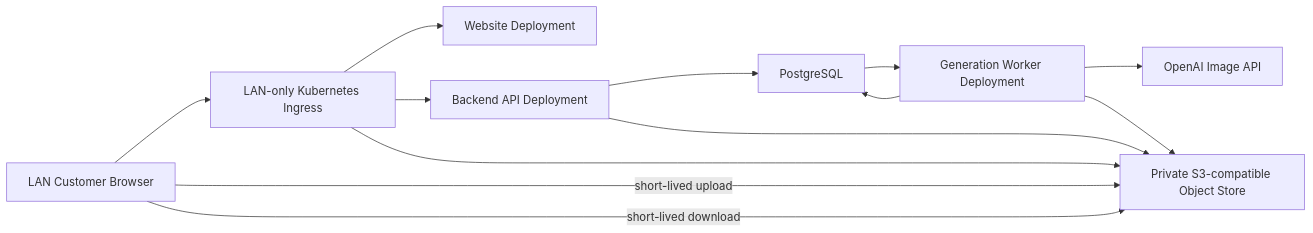
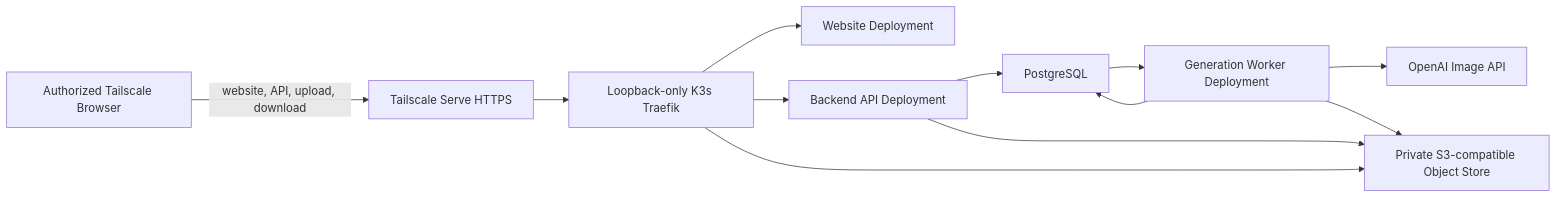
The diagram in docs/ai-artist/hld/milestone-1-high-level-design.md (tongking6/ai-artist), drawn with Mermaid before and after one commit. The commit also changed other lines of this file and 9 other files, not shown here.

````diff
--- a/docs/ai-artist/hld/milestone-1-high-level-design.md
+++ b/docs/ai-artist/hld/milestone-1-high-level-design.md
@@ -92,15 +92,14 @@
 ```mermaid
 flowchart LR
-  U[LAN Customer Browser] --> I[LAN-only Kubernetes Ingress]
+  U[Authorized Tailscale Browser] -->|website, API, upload, download| TS[Tailscale Serve HTTPS]
+  TS --> I[Loopback-only K3s Traefik]
   I --> W[Website Deployment]
   I --> API[Backend API Deployment]
   I --> O[Private S3-compatible Object Store]
   API --> DB[PostgreSQL]
   API --> O
-  U -->|short-lived upload| O
   DB --> GW[Generation Worker Deployment]
   GW --> P[OpenAI Image API]
   GW --> O
   GW --> DB
-  U -->|short-lived download| O
 ```
````
